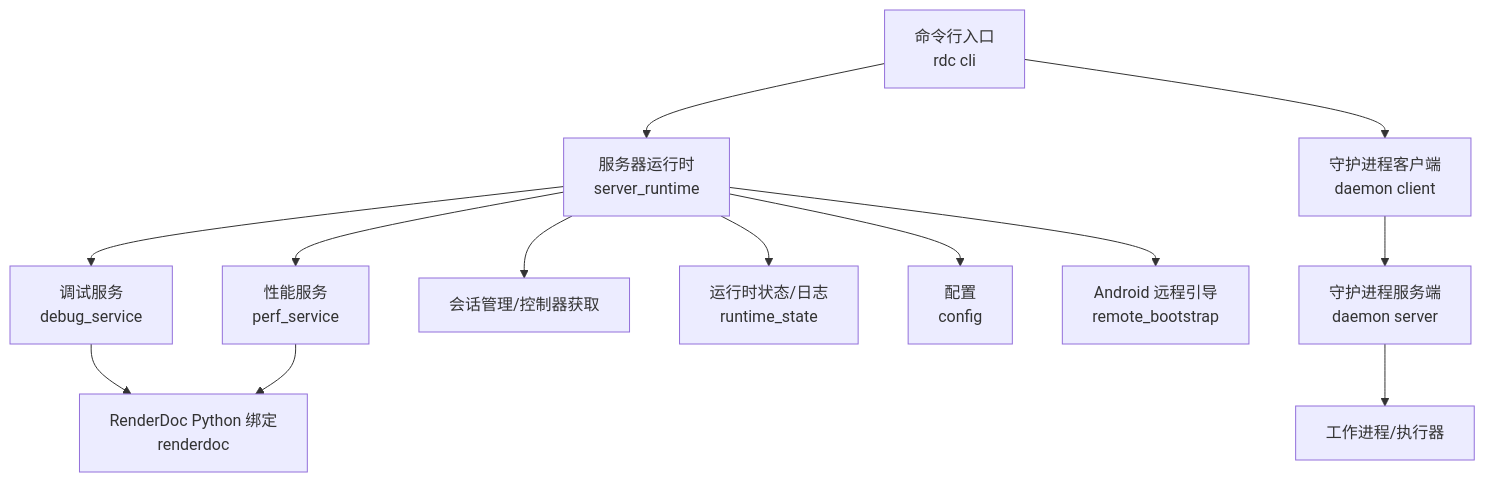
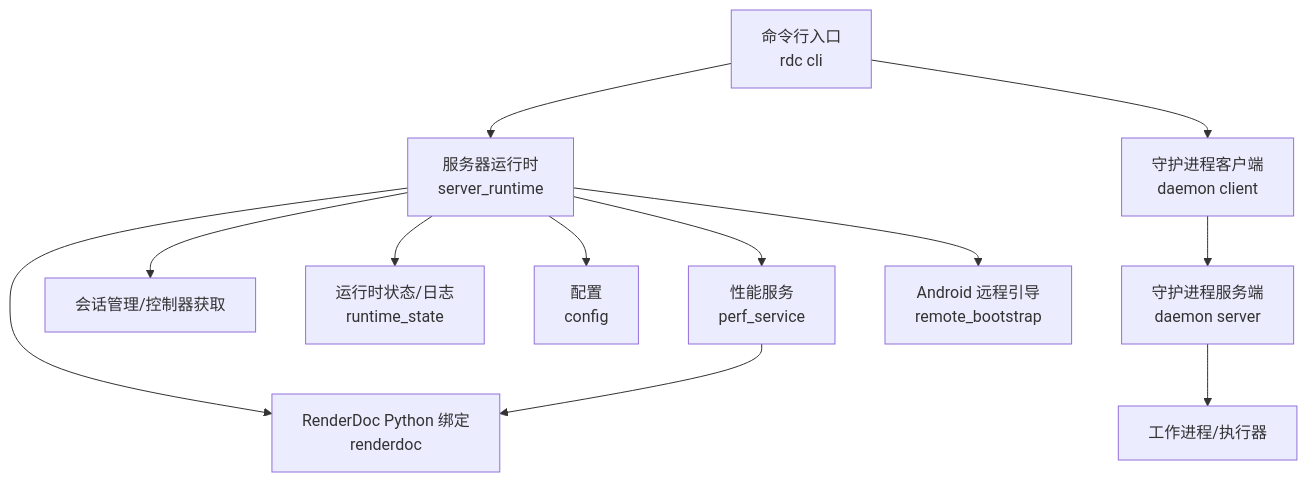
One commit to haolange/RDC-Tool changed the first of 6 diagrams in .qoder/repowiki/zh/content/开发指南/调试指南.md. Above: the diagram before and after it, drawn with Mermaid. The commit also changed other lines of this file and 79 other files, not shown here.

````diff
--- a/.qoder/repowiki/zh/content/开发指南/调试指南.md
+++ b/.qoder/repowiki/zh/content/开发指南/调试指南.md
@@ -35,15 +42,14 @@
 ```mermaid
 graph TB
 CLI["命令行入口<br/>rdc cli"] --> SR["服务器运行时<br/>server_runtime"]
-SR --> DS["调试服务<br/>debug_service"]
 SR --> PS["性能服务<br/>perf_service"]
 SR --> SM["会话管理/控制器获取"]
-DS --> RD["RenderDoc Python 绑定<br/>renderdoc"]
+SR --> RD["RenderDoc Python 绑定<br/>renderdoc"]
 PS --> RD
 SR --> RS["运行时状态/日志<br/>runtime_state"]
 SR --> CFG["配置<br/>config"]
 CLI --> DC["守护进程客户端<br/>daemon client"]
 DC --> DN["守护进程服务端<br/>daemon server"]
 DN --> WRK["工作进程/执行器"]
 SR --> RB["Android 远程引导<br/>remote_bootstrap"]
 ```
````
